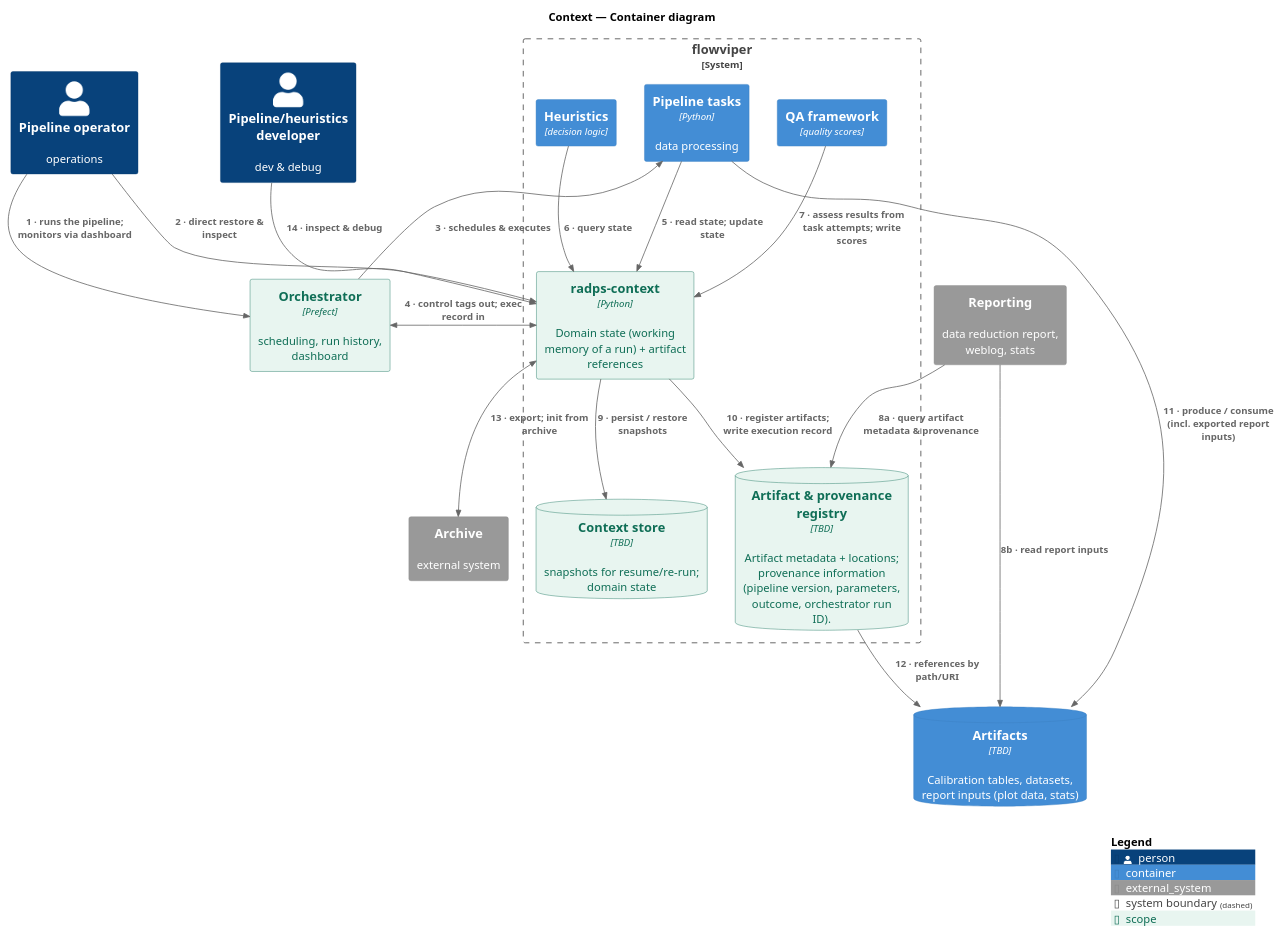
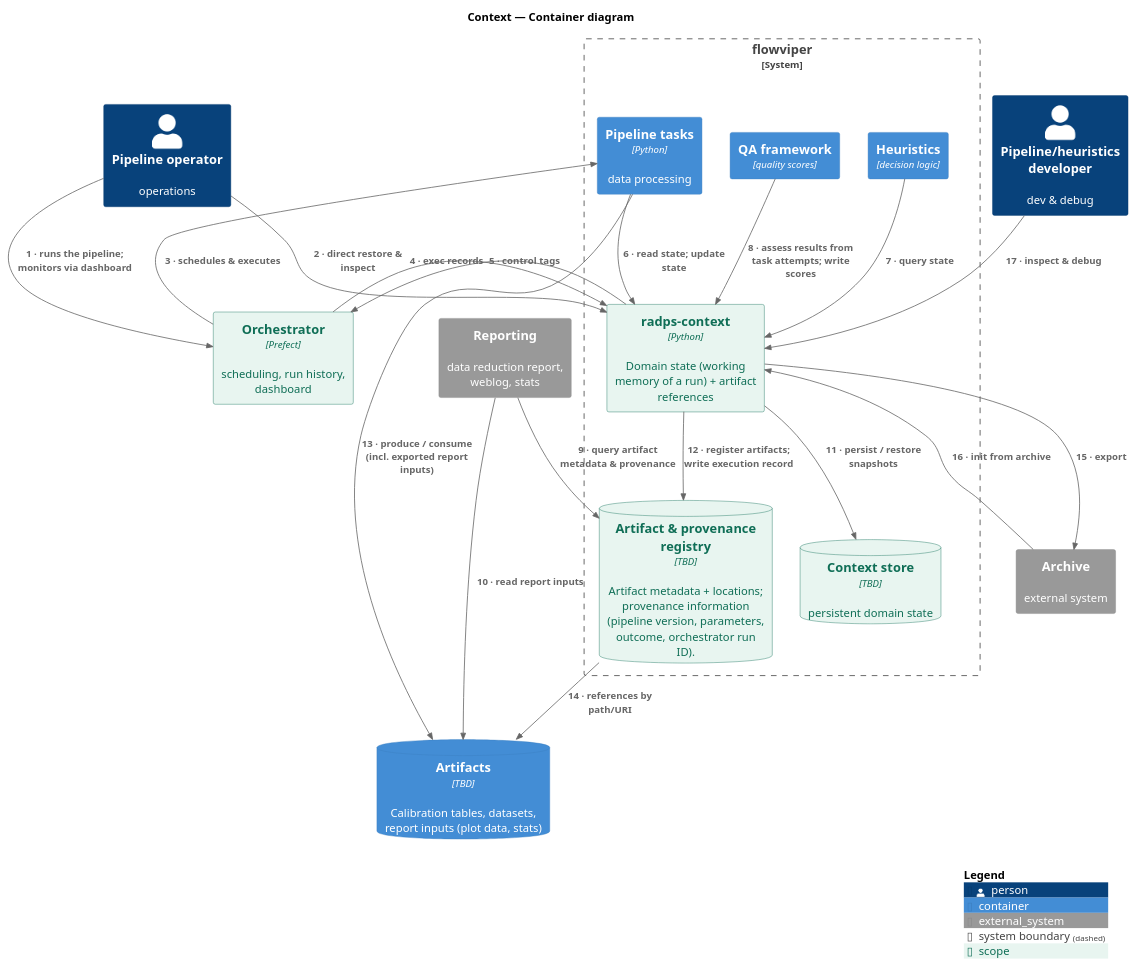
One commit to casangi/radps-context changed the diagram in docs/diagrams/container_diagram.puml. Above: the diagram before and after it, drawn with PlantUML. The commit also changed 1 other file, not shown here.

Commit message:
Switch instances of double-sided arrows to two separate one-way arrows; update qa description; update context store description

```diff
--- a/docs/diagrams/container_diagram.puml
+++ b/docs/diagrams/container_diagram.puml
@@ -1,44 +1,46 @@
 @startuml
 !include https://raw.githubusercontent.com/plantuml-stdlib/C4-PlantUML/master/C4_Container.puml
 
 ' --- tags ---
 AddElementTag("scope", $bgColor="#E8F5F0", $borderColor="#0F6E56", $fontColor="#0F6E56")
 
 title Context — Container diagram 
 
 Person(operator, "Pipeline operator", "operations")
 Person(developer, "Pipeline/heuristics developer", "dev & debug")
 
 Container(orchestrator, "Orchestrator", "Prefect", "scheduling, run history, dashboard", $tags="scope")
 System_Ext(reporting, "Reporting", "data reduction report, weblog, stats")
 System_Ext(archive, "Archive", "external system")
 
 System_Boundary(pipeline, "flowviper") {
   Container(radps_context, "radps-context", "Python", "Domain state (working memory of a run) + artifact references", $tags="scope")
   Container(tasks, "Pipeline tasks", "Python", "data processing")
   Container(heuristics, "Heuristics", "decision logic")
   Container(qa, "QA framework", "quality scores")
-  ContainerDb(context_db, "Context store", "TBD", "snapshots for resume/re-run; domain state", $tags="scope")
+  ContainerDb(context_db, "Context store", "TBD", "persistent domain state", $tags="scope")
   ContainerDb(registry, "Artifact & provenance registry", "TBD", "Artifact metadata + locations; provenance information (pipeline version, parameters, outcome, orchestrator run ID).", $tags="scope")
 }
 ContainerDb(artifacts, "Artifacts", "TBD", "Calibration tables, datasets, report inputs (plot data, stats)")
 
 ' --- relationships ---
 Rel(operator, orchestrator, "1 · runs the pipeline; monitors via dashboard")
 Rel(operator, radps_context, "2 · direct restore & inspect")
-Rel(orchestrator, tasks, "3 · schedules & executes")
-BiRel_U(orchestrator, radps_context, "4 · control tags out; exec record in")
-Rel(tasks, radps_context, "5 · read state; update state")
-Rel(heuristics, radps_context, "6 · query state")
-Rel(qa, radps_context, "7 · assess results from task attempts; write scores")
-Rel(reporting, registry, "8a · query artifact metadata & provenance")
-Rel(reporting, artifacts, "8b · read report inputs")
-Rel(radps_context, context_db, "9 · persist / restore snapshots")
-Rel(radps_context, registry, "10 · register artifacts; write execution record")
-Rel(tasks, artifacts, "11 · produce / consume (incl. exported report inputs)")
-Rel(registry, artifacts, "12 · references by path/URI")
-BiRel(radps_context, archive, "13 · export; init from archive")
-Rel(developer, radps_context, "14 · inspect & debug")
+Rel_U(orchestrator, tasks, "3 · schedules & executes")
+Rel(orchestrator, radps_context, "4 · exec records")
+Rel(radps_context, orchestrator, "5 · control tags")
+Rel(tasks, radps_context, "6 · read state; update state")
+Rel(heuristics, radps_context, "7 · query state")
+Rel(qa, radps_context, "8 · assess results from task attempts; write scores")
+Rel(reporting, registry, "9 · query artifact metadata & provenance")
+Rel(reporting, artifacts, "10 · read report inputs")
+Rel(radps_context, context_db, "11 · persist / restore snapshots")
+Rel(radps_context, registry, "12 · register artifacts; write execution record")
+Rel(tasks, artifacts, "13 · produce / consume (incl. exported report inputs)")
+Rel(registry, artifacts, "14 · references by path/URI")
+Rel(radps_context, archive, "15 · export")
+Rel(archive, radps_context, "16 · init from archive")
+Rel(developer, radps_context, "17 · inspect & debug")
 
 SHOW_LEGEND()
 @enduml
```
